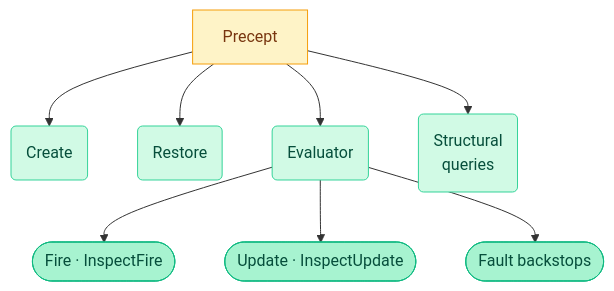
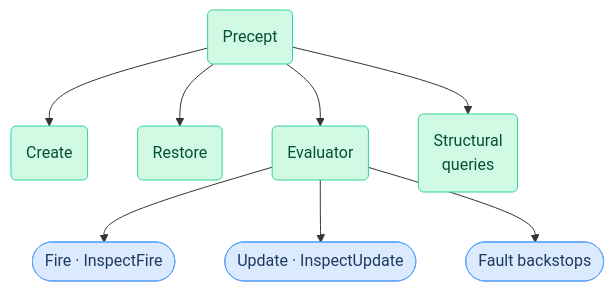
One commit to sfalik/Precept changed the ninth of 9 diagrams in docs/compiler-and-runtime-design.md. Above: the diagram before and after it, drawn with Mermaid. The commit also changed other lines of this file and 1 other file, not shown here.

First line of the commit message:
docs: refine pipeline diagram and narrative in compiler-and-runtime-design.md

````diff
--- a/docs/compiler-and-runtime-design.md
+++ b/docs/compiler-and-runtime-design.md
@@ -843,26 +959,25 @@
 ```mermaid
 flowchart TD
-    classDef artifact fill:#fef3c7,stroke:#f59e0b,color:#78350f
+    classDef input   fill:#dbeafe,stroke:#60a5fa,color:#1e3a5f
     classDef runtime fill:#d1fae5,stroke:#34d399,color:#064e3b
-    classDef leaf fill:#a7f3d0,stroke:#10b981,color:#064e3b
 
-    P[Precept]:::artifact
+    P(Precept):::runtime
 
     CREATE(Create):::runtime
     RESTORE(Restore):::runtime
     EVAL(Evaluator):::runtime
     STRUCT("Structural<br/>queries"):::runtime
 
     P --> CREATE
     P --> RESTORE
     P --> EVAL
     P --> STRUCT
 
-    FIRE([Fire · InspectFire]):::leaf
-    UPD([Update · InspectUpdate]):::leaf
-    FAULT([Fault backstops]):::leaf
+    FIRE(["Fire · InspectFire"]):::input
+    UPD(["Update · InspectUpdate"]):::input
+    FAULT(["Fault backstops"]):::input
 
     EVAL --> FIRE
     EVAL --> UPD
     EVAL --> FAULT
 ```
````
